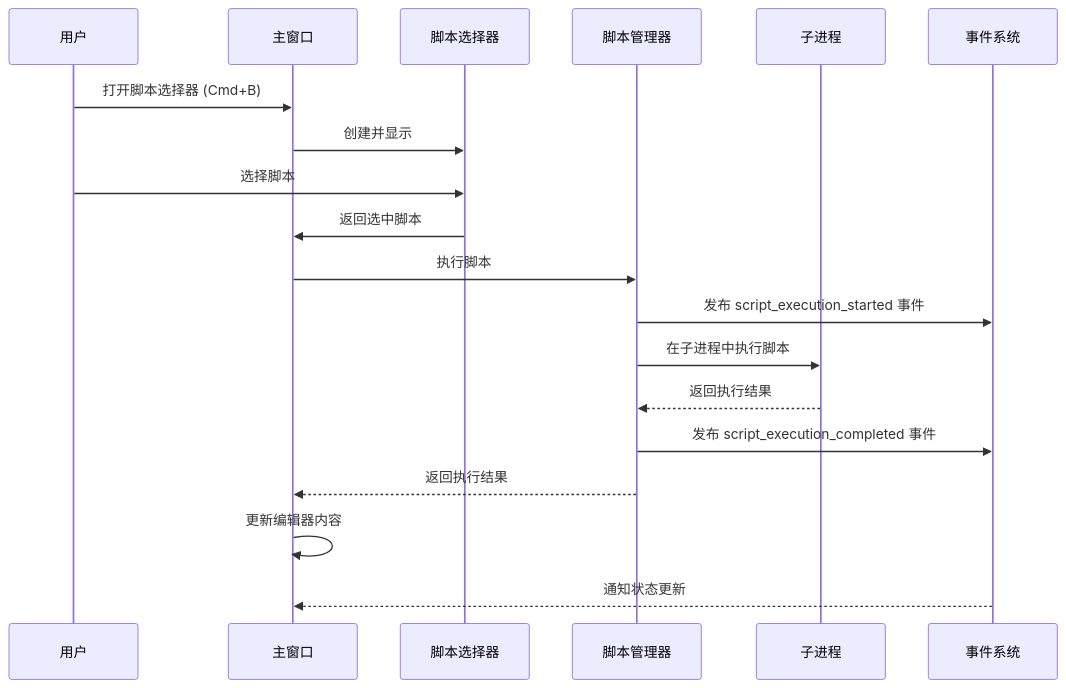
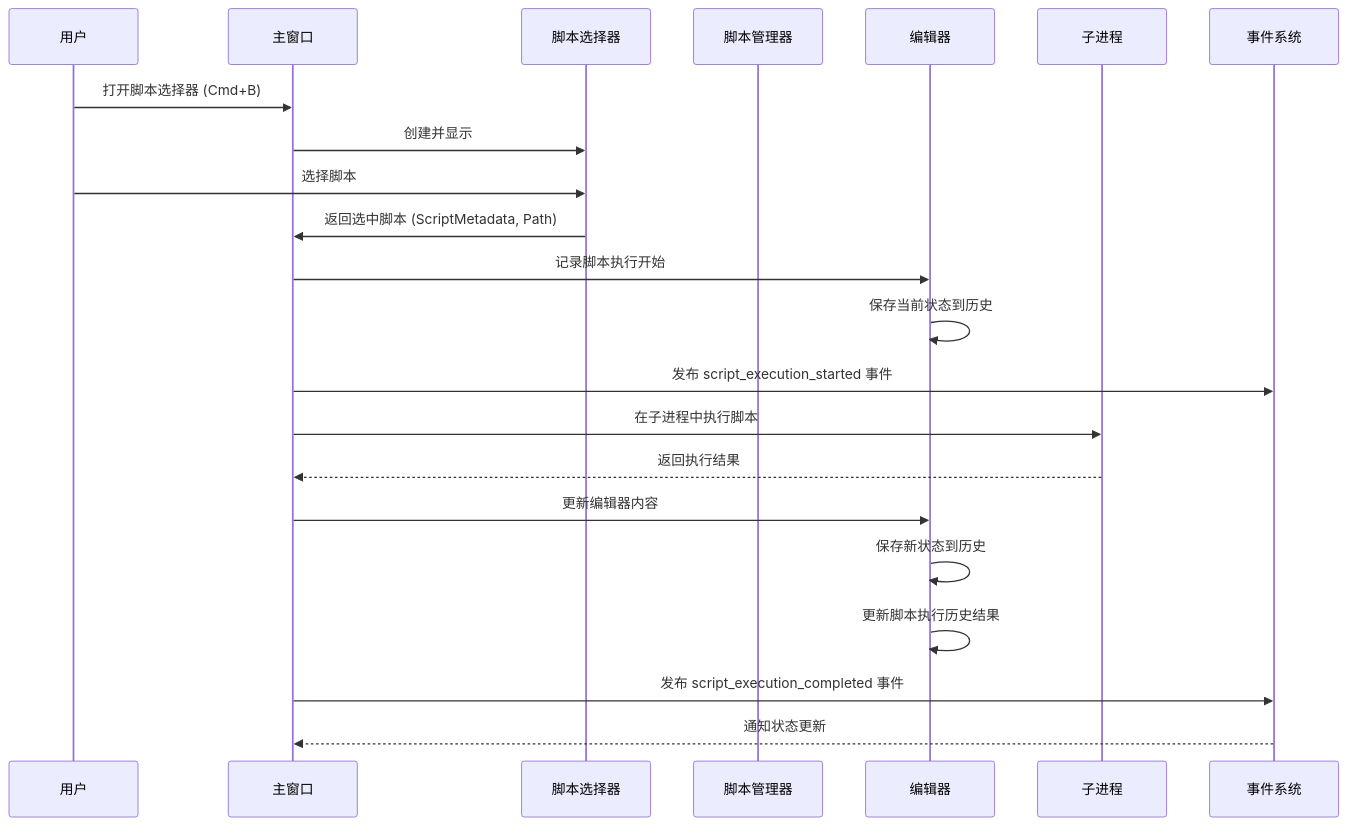
Before and after one commit to xthuji/Boop: the second of 3 diagrams in SIMPLIFIED_DESIGN.md, drawn with Mermaid. The commit also changed other lines of this file and 125 other files, not shown here.

````diff
--- a/SIMPLIFIED_DESIGN.md
+++ b/SIMPLIFIED_DESIGN.md
@@ -169,22 +190,25 @@
 ```mermaid
 sequenceDiagram
     participant User as 用户
     participant MainWindow as 主窗口
     participant ScriptPicker as 脚本选择器
     participant ScriptManager as 脚本管理器
+    participant Editor as 编辑器
     participant Subprocess as 子进程
     participant EventSystem as 事件系统
 
     User->>MainWindow: 打开脚本选择器 (Cmd+B)
     MainWindow->>ScriptPicker: 创建并显示
     User->>ScriptPicker: 选择脚本
-    ScriptPicker->>MainWindow: 返回选中脚本
-    MainWindow->>ScriptManager: 执行脚本
-    ScriptManager->>EventSystem: 发布 script_execution_started 事件
-    ScriptManager->>Subprocess: 在子进程中执行脚本
-    Subprocess-->>ScriptManager: 返回执行结果
-    ScriptManager->>EventSystem: 发布 script_execution_completed 事件
-    ScriptManager-->>MainWindow: 返回执行结果
-    MainWindow->>MainWindow: 更新编辑器内容
+    ScriptPicker->>MainWindow: 返回选中脚本 (ScriptMetadata, Path)
+    MainWindow->>Editor: 记录脚本执行开始
+    Editor->>Editor: 保存当前状态到历史
+    MainWindow->>EventSystem: 发布 script_execution_started 事件
+    MainWindow->>Subprocess: 在子进程中执行脚本
+    Subprocess-->>MainWindow: 返回执行结果
+    MainWindow->>Editor: 更新编辑器内容
+    Editor->>Editor: 保存新状态到历史
+    Editor->>Editor: 更新脚本执行历史结果
+    MainWindow->>EventSystem: 发布 script_execution_completed 事件
     EventSystem-->>MainWindow: 通知状态更新
 ```
````
